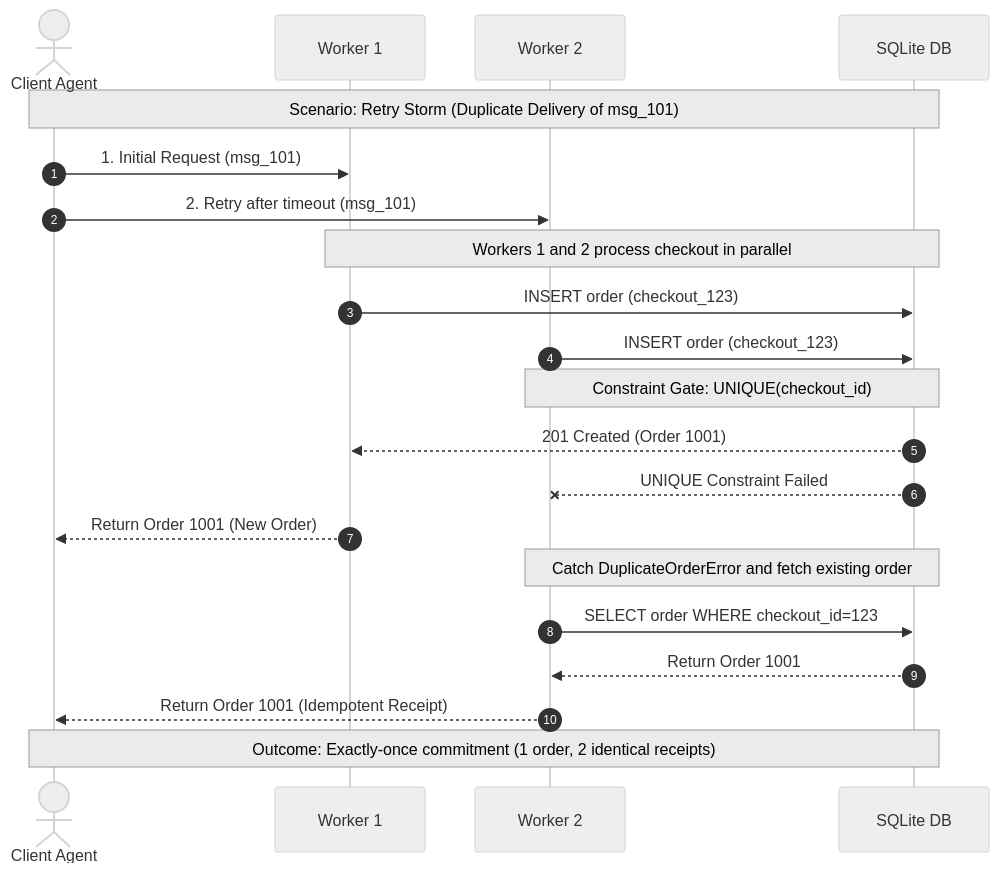
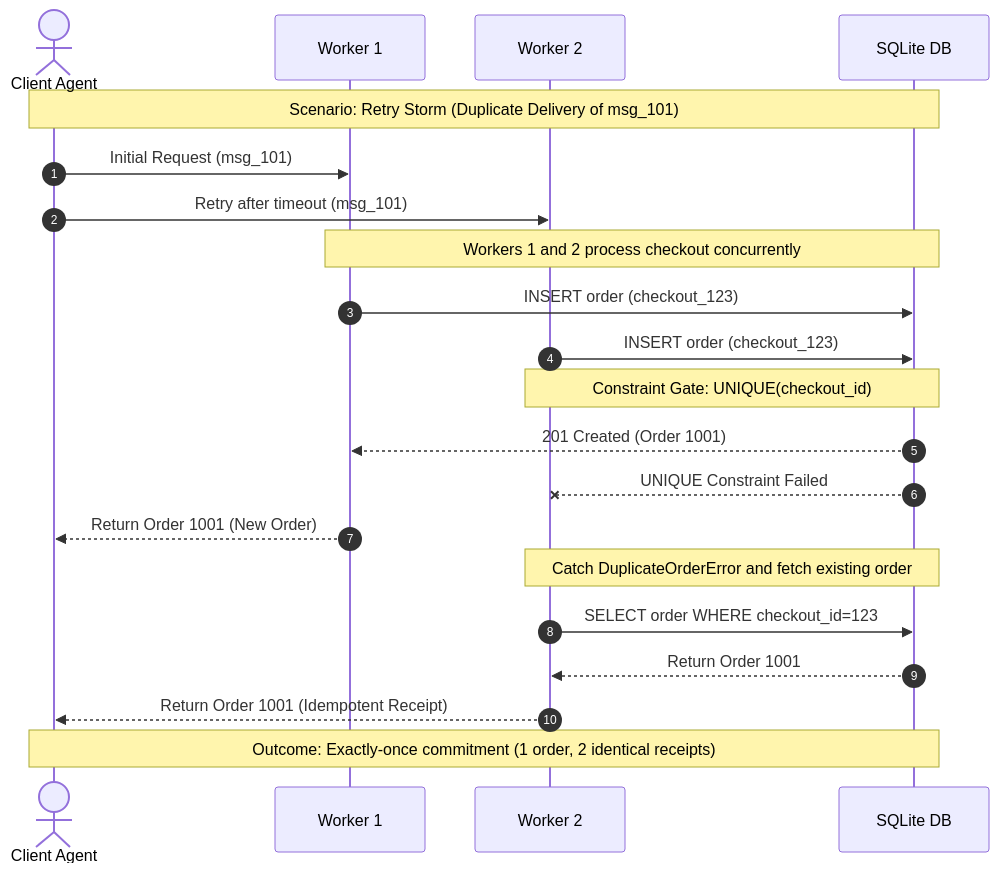
Before and after one commit to the-write-path-code/ch11-13-ucp-a2a-payment-integrity: the second of 13 diagrams in docs/architecture/system_design.md, drawn with Mermaid. The commit also changed other lines of this file and 1 other file, not shown here.

Commit message:
docs: update architecture diagrams for chapter 11 to match Wiley-IEEE production standards

````diff
--- a/docs/architecture/system_design.md
+++ b/docs/architecture/system_design.md
@@ -58,33 +50,32 @@
 ```mermaid
-%%{init: {"theme": "neutral", "themeVariables": {"fontFamily": "Arial, Helvetica, sans-serif", "fontSize": "11px", "actorFontSize": "11px", "noteFontSize": "10px", "messageFontSize": "10px", "noteBkgColor": "#EBEBEB", "noteTextColor": "#000000", "noteBorderColor": "#999999"}}}%%
 sequenceDiagram
     autonumber
     actor Client as Client Agent
     participant W1 as Worker 1
     participant W2 as Worker 2
     participant DB as SQLite DB
 
     note over Client, DB: Scenario: Retry Storm (Duplicate Delivery of msg_101)
 
-    Client->>W1: 1. Initial Request (msg_101)
-    Client->>W2: 2. Retry after timeout (msg_101)
+    Client->>W1: Initial Request (msg_101)
+    Client->>W2: Retry after timeout (msg_101)
 
-    note over W1, DB: Workers 1 and 2 process checkout in parallel
+    note over W1, DB: Workers 1 and 2 process checkout concurrently
 
     W1->>DB: INSERT order (checkout_123)
     W2->>DB: INSERT order (checkout_123)
 
     note over W2, DB: Constraint Gate: UNIQUE(checkout_id)
 
     DB-->>W1: 201 Created (Order 1001)
     DB--xW2: UNIQUE Constraint Failed
 
     W1-->>Client: Return Order 1001 (New Order)
 
     note over W2, DB: Catch DuplicateOrderError and fetch existing order
     W2->>DB: SELECT order WHERE checkout_id=123
     DB-->>W2: Return Order 1001
     W2-->>Client: Return Order 1001 (Idempotent Receipt)
 
     note over Client, DB: Outcome: Exactly-once commitment (1 order, 2 identical receipts)
 ```
````
